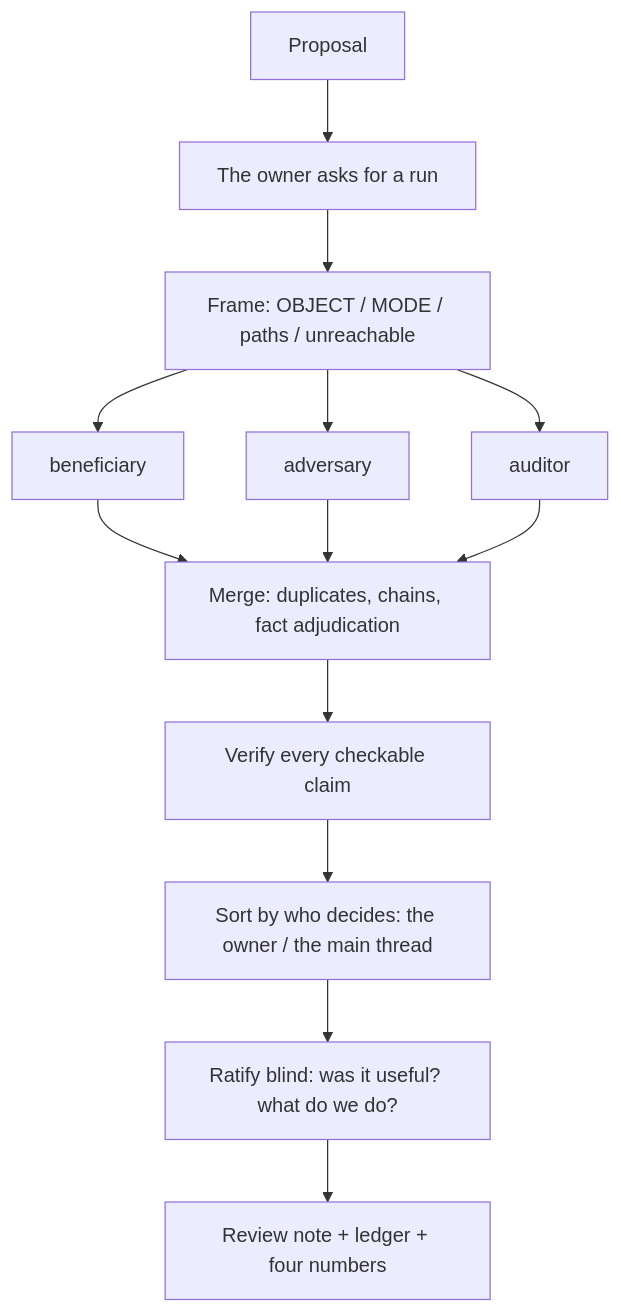
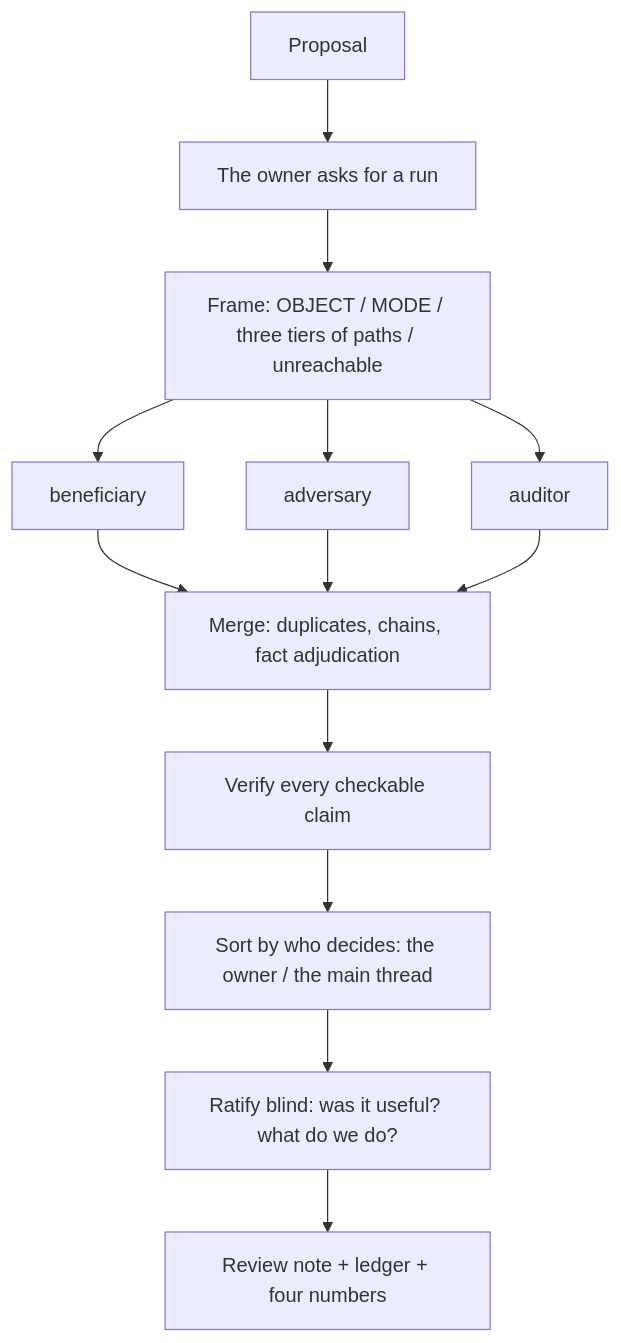
Before and after one commit to KirillMaksimov/kai-critic: the diagram in README.md, drawn with Mermaid. The commit also changed other lines of this file and 11 other files, not shown here.

First line of the commit message:
0.18.0: a grounded run grants three tiers of paths; the record keeps all three

````diff
--- a/README.md
+++ b/README.md
@@ -28,15 +28,15 @@
 ```mermaid
 flowchart TD
     P[Proposal] --> A[The owner asks for a run]
-    A --> F[Frame: OBJECT / MODE / paths / unreachable]
+    A --> F[Frame: OBJECT / MODE / three tiers of paths / unreachable]
     F --> L1[beneficiary]
     F --> L2[adversary]
     F --> L3[auditor]
     L1 --> M[Merge: duplicates, chains, fact adjudication]
     L2 --> M
     L3 --> M
     M --> V[Verify every checkable claim]
     V --> S[Sort by who decides: the owner / the main thread]
     S --> R[Ratify blind: was it useful? what do we do?]
     R --> LAND[Review note + ledger + four numbers]
 ```
````
